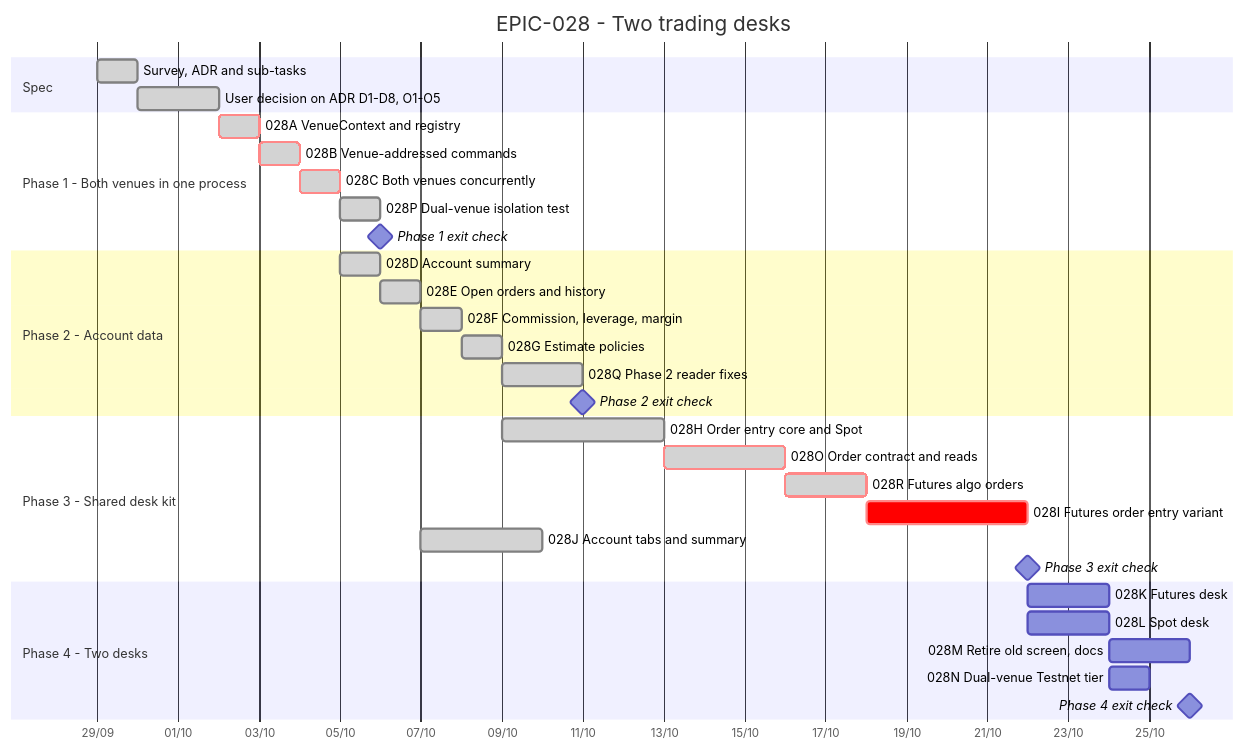
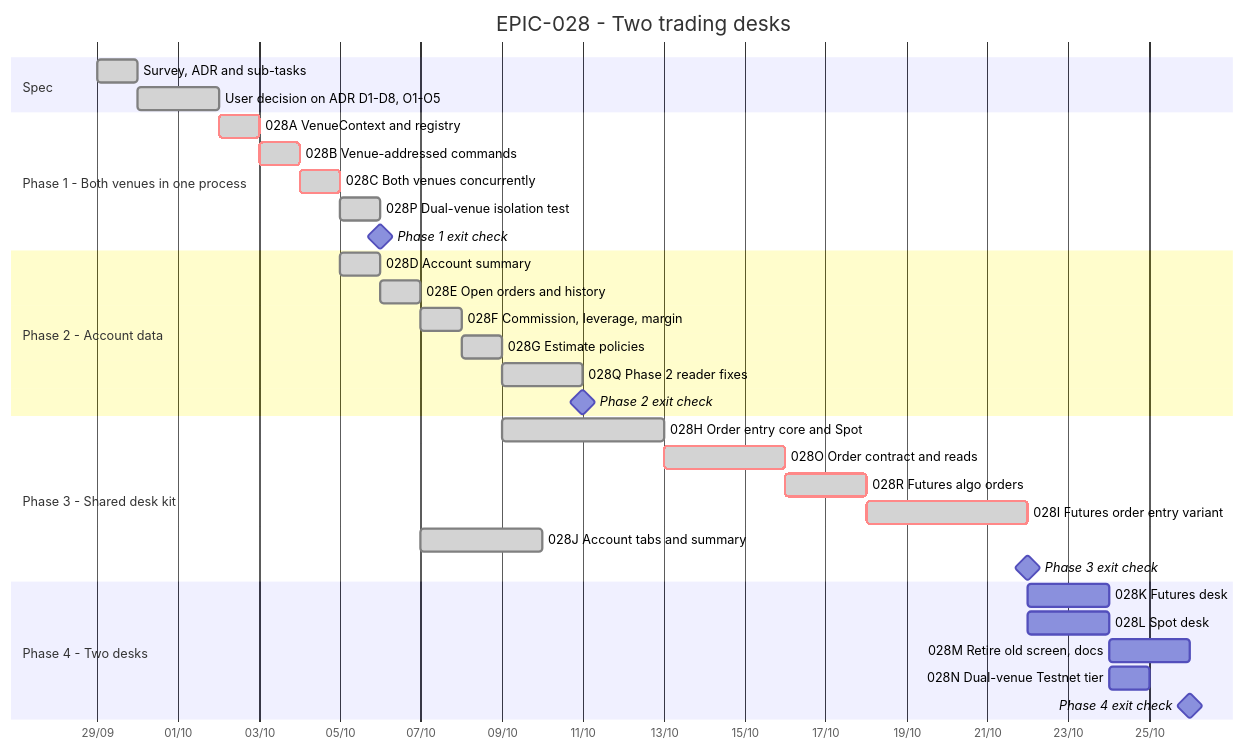
Before and after one commit to anhembedded/Sagittarius_Elite_Warrior: the diagram in Tasks/epics/EPIC-028_futures_and_spot_trading_desks/TRACKING.md, drawn with Mermaid. The commit also changed other lines of this file and 42 other files, not shown here.

````diff
--- a/Tasks/epics/EPIC-028_futures_and_spot_trading_desks/TRACKING.md
+++ b/Tasks/epics/EPIC-028_futures_and_spot_trading_desks/TRACKING.md
@@ -15,41 +15,41 @@
 ```mermaid
 gantt
     title EPIC-028 - Two trading desks
     dateFormat  YYYY-MM-DD
     axisFormat  %d/%m
     todayMarker stroke-width:2px,stroke:#d33,opacity:0.6
 
     section Spec
     Survey, ADR and sub-tasks              :done,    s1, 2026-09-29, 1d
     User decision on ADR D1-D8, O1-O5      :done,    s2, after s1, 2d
 
     section Phase 1 - Both venues in one process
     028A VenueContext and registry         :crit, done, a, after s2, 1d
     028B Venue-addressed commands          :crit, done, b, after a, 1d
     028C Both venues concurrently          :crit, done, c, after b, 1d
     028P Dual-venue isolation test         :done,    p, after c, 1d
     Phase 1 exit check                     :milestone, m1, after p, 0d
 
     section Phase 2 - Account data
     028D Account summary                   :done,    d, after c, 1d
     028E Open orders and history           :done,    e, after d, 1d
     028F Commission, leverage, margin      :done,    f, after e, 1d
     028G Estimate policies                 :done,    g, after f, 1d
     028Q Phase 2 reader fixes              :done,    q, after g, 2d
     Phase 2 exit check                     :milestone, m2, after q, 0d
 
     section Phase 3 - Shared desk kit
     028H Order entry core and Spot         :done,    h, after g, 4d
     028O Order contract and reads          :done, crit, o, after h, 3d
     028R Futures algo orders               :done, crit, r, after o, 2d
-    028I Futures order entry variant       :crit,    i, after r, 4d
+    028I Futures order entry variant       :done, crit, i, after r, 4d
     028J Account tabs and summary          :done,    j, after e, 3d
     Phase 3 exit check                     :milestone, m3, after i, 0d
 
     section Phase 4 - Two desks
     028K Futures desk                      :         k, after m3, 2d
     028L Spot desk                         :         l, after m3, 2d
     028M Retire old screen, docs           :         mm, after k, 2d
     028N Dual-venue Testnet tier           :         n, after l, 1d
     Phase 4 exit check                     :milestone, m4, after mm, 0d
 ```
````
